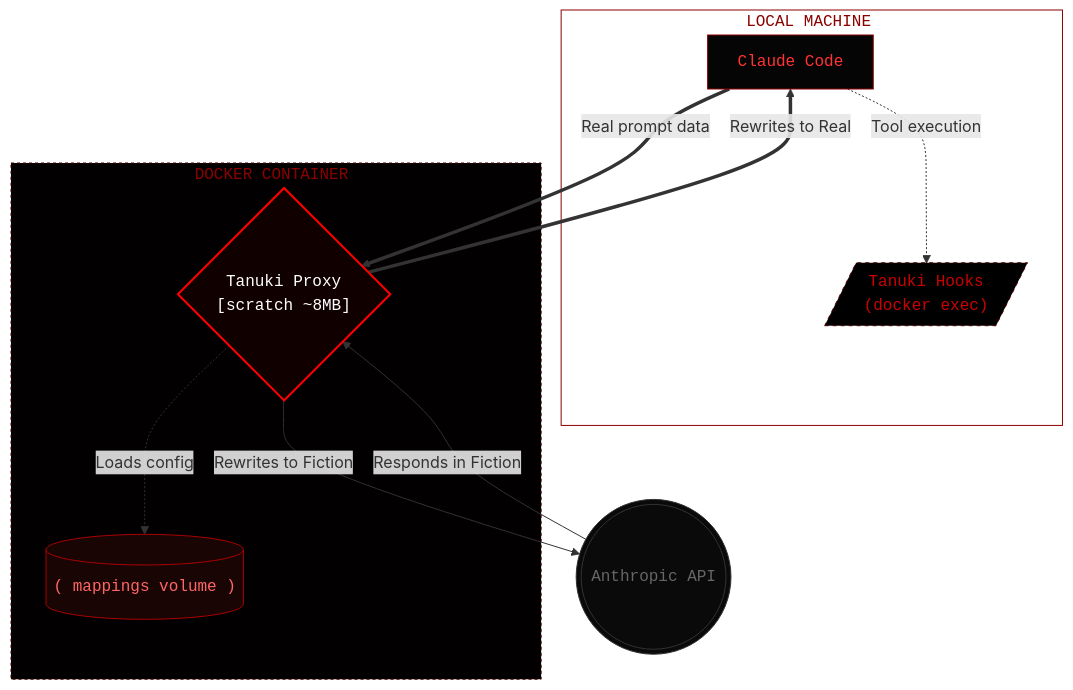
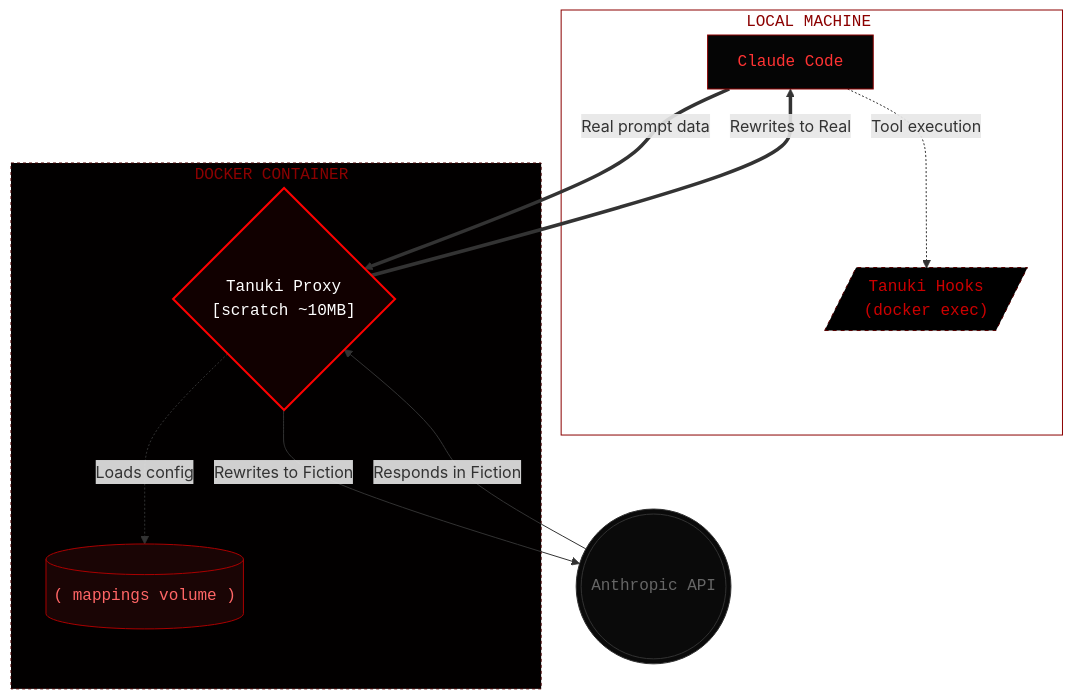
The diagram in README.md (Pigyon/tanuki), drawn with Mermaid before and after one commit. The commit also changed other lines of this file and 1 other file, not shown here.

````diff
--- a/README.md
+++ b/README.md
@@ -47,33 +52,33 @@
 ```mermaid
 flowchart TD
     classDef default fill:#050505,stroke:#8b0000,stroke-width:1px,color:#ff3333,font-family:Courier
     classDef proxy fill:#110000,stroke:#ff0000,stroke-width:2px,color:#ffffff,font-family:Courier
     classDef hooks fill:#000000,stroke:#550000,stroke-width:1px,stroke-dasharray:4 4,color:#cc0000,font-family:Courier
     classDef upstream fill:#0a0a0a,stroke:#333333,stroke-width:1px,color:#666666,font-family:Courier
     classDef data fill:#1a0505,stroke:#aa0000,stroke-width:1px,color:#ff6666,font-family:Courier
 
     subgraph Host["LOCAL MACHINE"]
         C["Claude Code"]
         H[/"Tanuki Hooks<br/>(docker exec)"/]
         C -. "Tool execution" .-> H
     end
 
     subgraph Container["DOCKER CONTAINER"]
-        P{"Tanuki Proxy<br/>[scratch ~8MB]"}:::proxy
+        P{"Tanuki Proxy<br/>[scratch ~10MB]"}:::proxy
         D[("( mappings volume )")]:::data
     end
 
     A((("Anthropic API"))):::upstream
 
     C == "Real prompt data" ==> P
     P -. "Loads config" .-> D
     P -- "Rewrites to Fiction" --> A
     A -- "Responds in Fiction" --> P
     P == "Rewrites to Real" ==> C
 
     class C default
     class H hooks
 
     style Host fill:transparent,stroke:#8b0000,stroke-width:1px,color:#8b0000,font-family:Courier
     style Container fill:#020000,stroke:#4a0000,stroke-width:1px,stroke-dasharray:3 3,color:#8b0000,font-family:Courier
 ```
````
